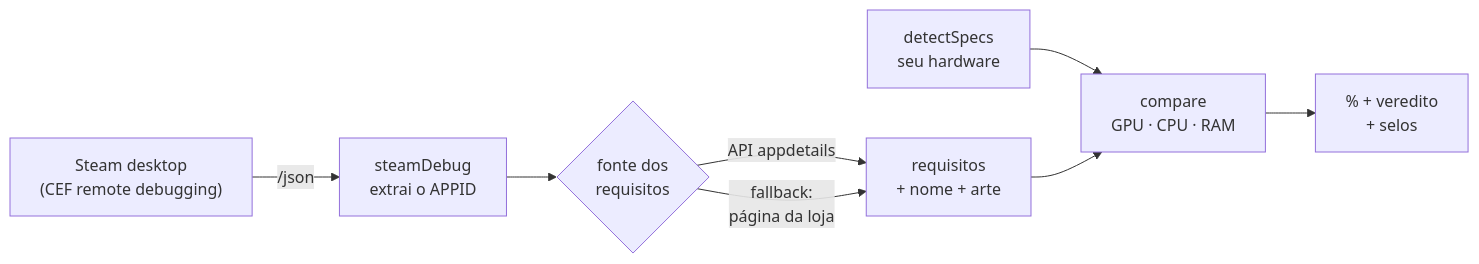
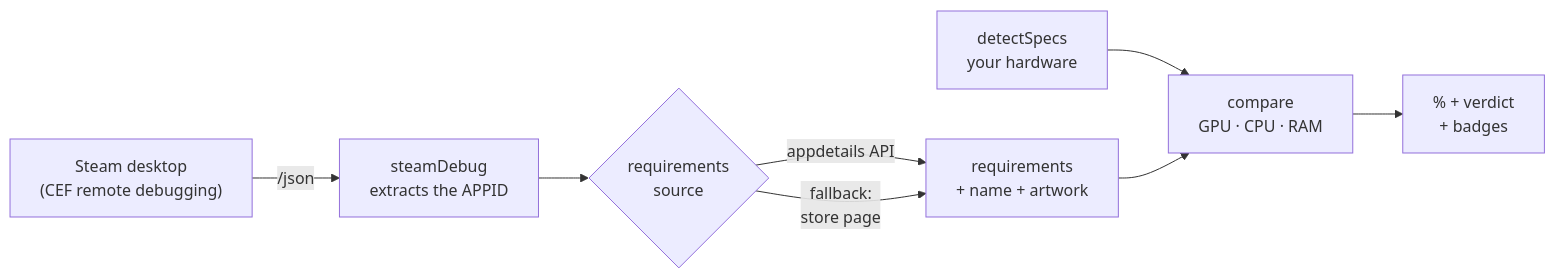
Before and after one commit to luancaldeira/SteamOverlay: the diagram in README.md, drawn with Mermaid. The commit also changed other lines of this file and 3 other files, not shown here.

````diff
--- a/README.md
+++ b/README.md
@@ -39,10 +44,10 @@
 ```mermaid
 flowchart LR
-  A["Steam desktop<br/>(CEF remote debugging)"] -->|"/json"| B["steamDebug<br/>extrai o APPID"]
-  B --> C{"fonte dos<br/>requisitos"}
-  C -->|"API appdetails"| D["requisitos<br/>+ nome + arte"]
-  C -->|"fallback:<br/>página da loja"| D
-  E["detectSpecs<br/>seu hardware"] --> F
+  A["Steam desktop<br/>(CEF remote debugging)"] -->|"/json"| B["steamDebug<br/>extracts the APPID"]
+  B --> C{"requirements<br/>source"}
+  C -->|"appdetails API"| D["requirements<br/>+ name + artwork"]
+  C -->|"fallback:<br/>store page"| D
+  E["detectSpecs<br/>your hardware"] --> F
   D --> F["compare<br/>GPU · CPU · RAM"]
-  F --> G["% + veredito<br/>+ selos"]
+  F --> G["% + verdict<br/>+ badges"]
 ```
````
